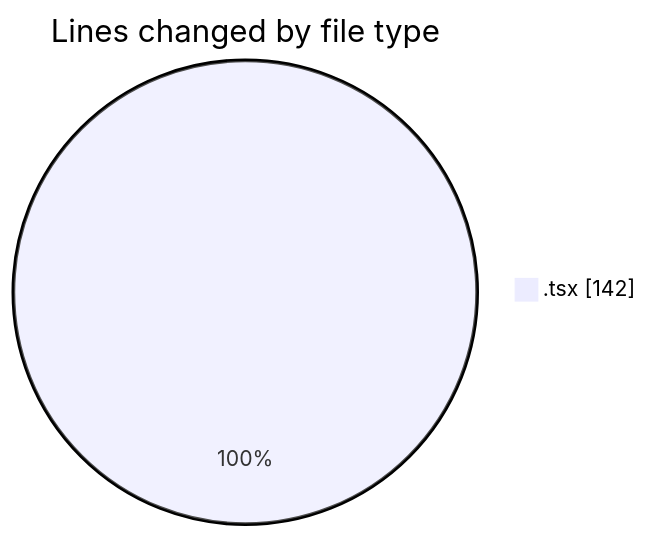
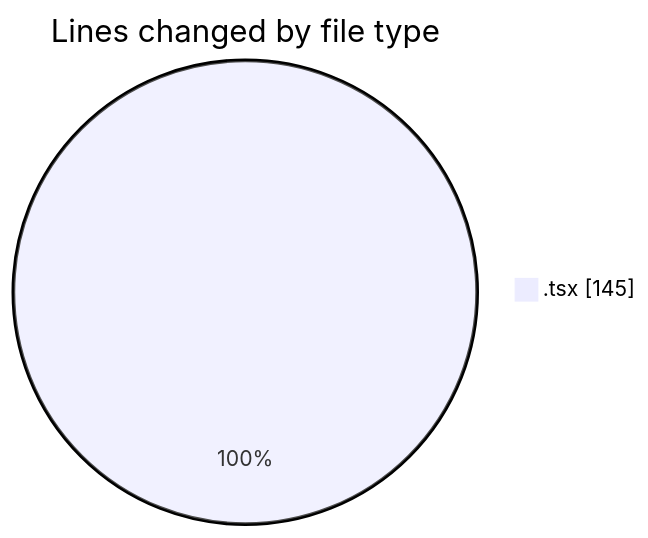
Before and after one commit to nxtqubesakshisongat/code-tracking: the first of 2 diagrams in 2026-01-22/nxtqube_webapp/README.md, drawn with Mermaid. The commit also changed other lines of this file and 1 other file, not shown here.

````diff
--- a/2026-01-22/nxtqube_webapp/README.md
+++ b/2026-01-22/nxtqube_webapp/README.md
@@ -21,5 +21,5 @@
 ```mermaid
 pie showData
 title Lines changed by file type
-".tsx" : 142
+".tsx" : 145
 ```
````
